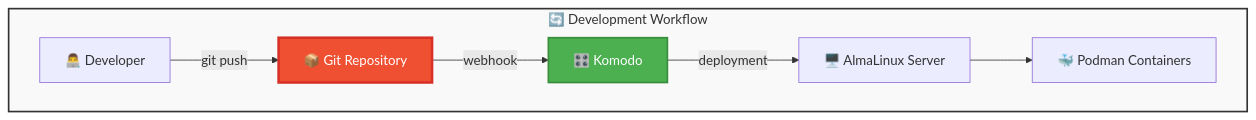
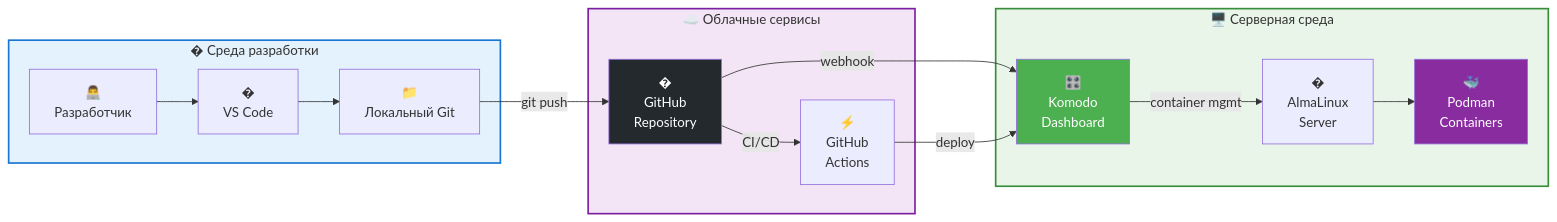
One commit to Alex-0293/TopWebStack changed the first of 4 diagrams in docs/chapter-04-git.md. Above: the diagram before and after it, drawn with Mermaid. The commit also changed other lines of this file and 1 other file, not shown here.

First line of the commit message:
feat(git): добавить практическое задание и проверку знаний

````diff
--- a/docs/chapter-04-git.md
+++ b/docs/chapter-04-git.md
@@ -20,19 +20,35 @@
 ```mermaid
-graph TB
-    subgraph workflow["🔄 Development Workflow"]
-        dev["👨‍💻 Developer"]
-        git["📦 Git Repository"]
-        komodo["🎛️ Komodo"]
-        server["🖥️ AlmaLinux Server"]
-        containers["🐳 Podman Containers"]
-        
-        dev --> |"git push"| git
-        git --> |"webhook"| komodo
-        komodo --> |"deployment"| server
-        server --> containers
+flowchart LR
+    subgraph dev_env["� Среда разработки"]
+        developer["👨‍💻<br/>Разработчик"]
+        vscode["�<br/>VS Code"]
+        local_git["📁<br/>Локальный Git"]
     end
     
-    style workflow fill:#f9f9f9,stroke:#333,stroke-width:2px
-    style git fill:#F05032,stroke:#D73027,stroke-width:3px,color:#fff
-    style komodo fill:#4CAF50,stroke:#388E3C,stroke-width:2px,color:#fff
+    subgraph cloud["☁️ Облачные сервисы"]
+        github["�<br/>GitHub<br/>Repository"]
+        actions["⚡<br/>GitHub<br/>Actions"]
+    end
+    
+    subgraph server_env["🖥️ Серверная среда"]
+        komodo["🎛️<br/>Komodo<br/>Dashboard"]
+        almalinux["�<br/>AlmaLinux<br/>Server"]
+        podman["🐳<br/>Podman<br/>Containers"]
+    end
+    
+    developer --> vscode
+    vscode --> local_git
+    local_git --> |"git push"| github
+    github --> |"webhook"| komodo
+    github --> |"CI/CD"| actions
+    actions --> |"deploy"| komodo
+    komodo --> |"container mgmt"| almalinux
+    almalinux --> podman
+    
+    style dev_env fill:#e3f2fd,stroke:#1976d2,stroke-width:2px
+    style cloud fill:#f3e5f5,stroke:#7b1fa2,stroke-width:2px
+    style server_env fill:#e8f5e8,stroke:#388e3c,stroke-width:2px
+    style github fill:#24292e,color:#fff
+    style komodo fill:#4caf50,color:#fff
+    style podman fill:#892ca0,color:#fff
 ```
````
